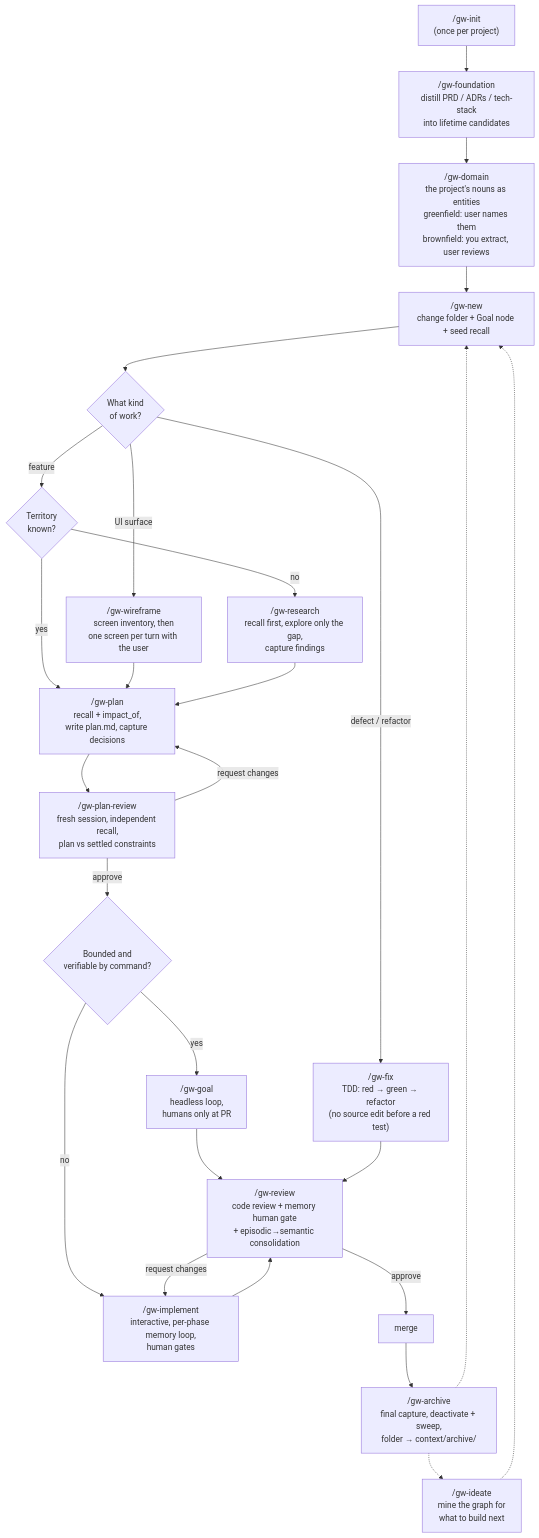
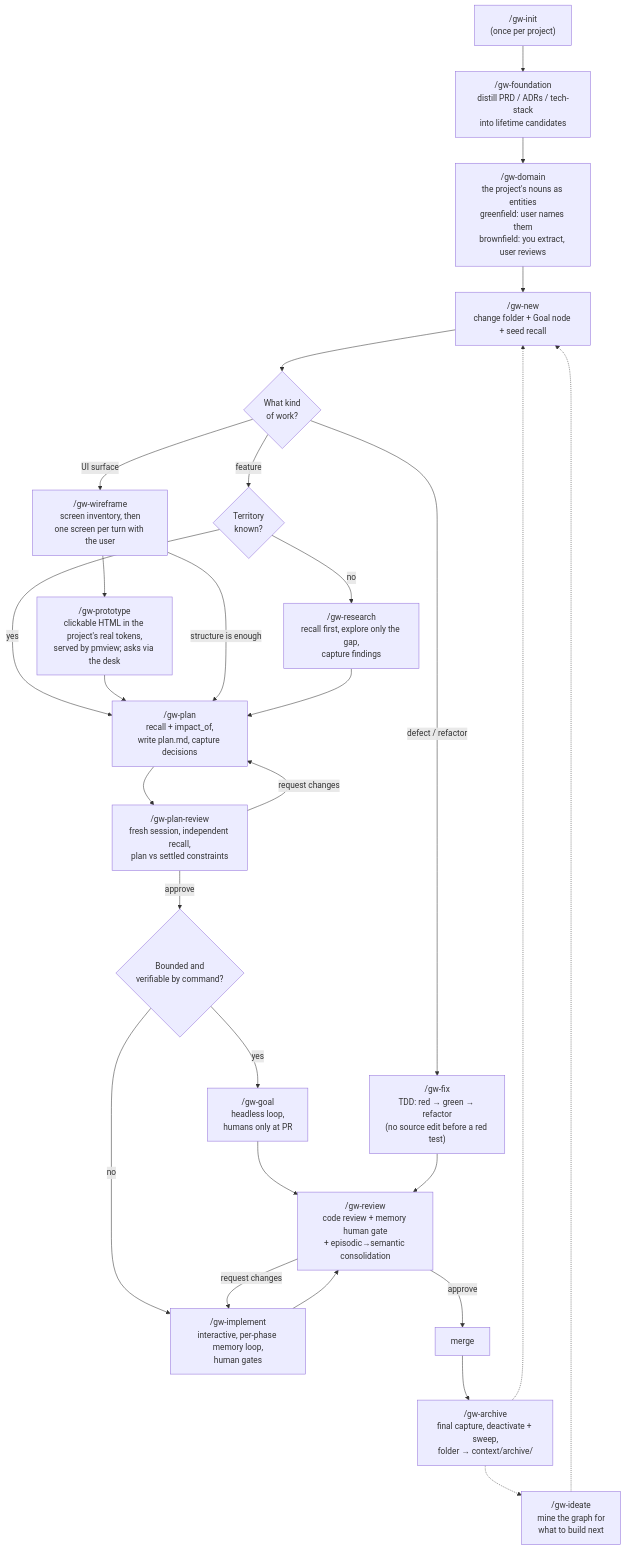
One commit to mt3o-dev/graph-workflow changed the first of 5 diagrams in docs/USAGE.en.md. Above: the diagram before and after it, drawn with Mermaid. The commit also changed other lines of this file and 18 other files, not shown here.

````diff
--- a/docs/USAGE.en.md
+++ b/docs/USAGE.en.md
@@ -20,28 +20,30 @@
 ```mermaid
 flowchart TD
     INIT["/gw-init<br/>(once per project)"] --> FOUND["/gw-foundation<br/>distill PRD / ADRs / tech-stack<br/>into lifetime candidates"]
     FOUND --> DOM["/gw-domain<br/>the project's nouns as entities<br/>greenfield: user names them<br/>brownfield: you extract, user reviews"]
     DOM --> NEW["/gw-new<br/>change folder + Goal node + seed recall"]
     NEW --> KIND{What kind<br/>of work?}
     KIND -- "defect / refactor" --> FIX["/gw-fix<br/>TDD: red → green → refactor<br/>(no source edit before a red test)"]
     KIND -- "UI surface" --> WIRE["/gw-wireframe<br/>screen inventory, then<br/>one screen per turn with the user"]
     KIND -- "feature" --> Q{Territory<br/>known?}
     Q -- "no" --> RES["/gw-research<br/>recall first, explore only the gap,<br/>capture findings"]
     Q -- "yes" --> PLAN
-    WIRE --> PLAN
+    WIRE --> PROTO["/gw-prototype<br/>clickable HTML in the project's real tokens,<br/>served by pmview; asks via the desk"]
+  PROTO --> PLAN
+  WIRE -- "structure is enough" --> PLAN
     RES --> PLAN["/gw-plan<br/>recall + impact_of,<br/>write plan.md, capture decisions"]
     PLAN --> PLANREV["/gw-plan-review<br/>fresh session, independent recall,<br/>plan vs settled constraints"]
     PLANREV -- "request changes" --> PLAN
     PLANREV -- "approve" --> MODE{Bounded and<br/>verifiable by command?}
     MODE -- "no" --> IMPL["/gw-implement<br/>interactive, per-phase memory loop,<br/>human gates"]
     MODE -- "yes" --> GOAL["/gw-goal<br/>headless loop,<br/>humans only at PR"]
     IMPL --> REV["/gw-review<br/>code review + memory human gate<br/>+ episodic→semantic consolidation"]
     GOAL --> REV
     FIX --> REV
     REV -- "request changes" --> IMPL
     REV -- "approve" --> MERGE["merge"]
     MERGE --> ARCH["/gw-archive<br/>final capture, deactivate + sweep,<br/>folder → context/archive/"]
     ARCH -.-> NEW
     ARCH -.-> IDEA["/gw-ideate<br/>mine the graph for<br/>what to build next"]
     IDEA -.-> NEW
 ```
````
